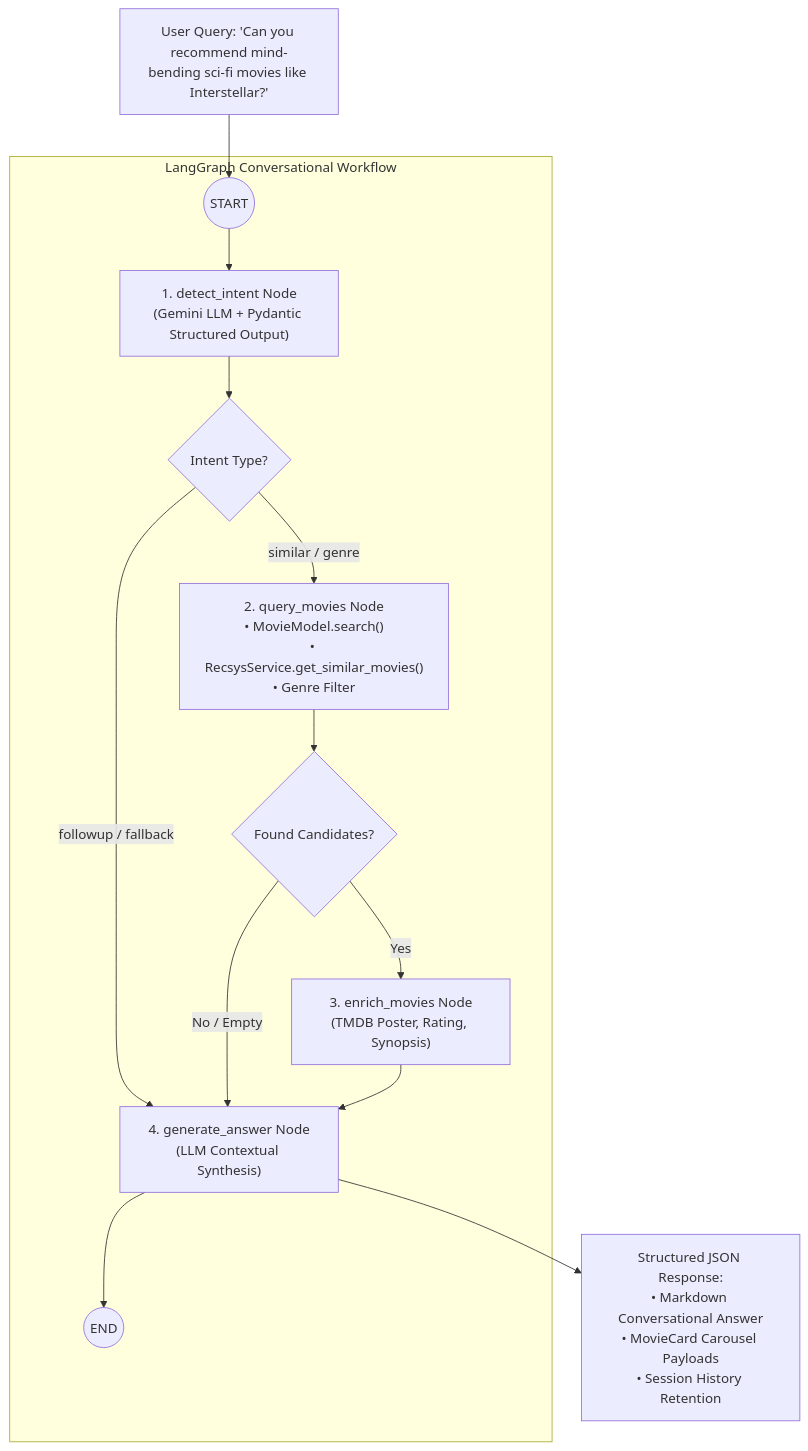
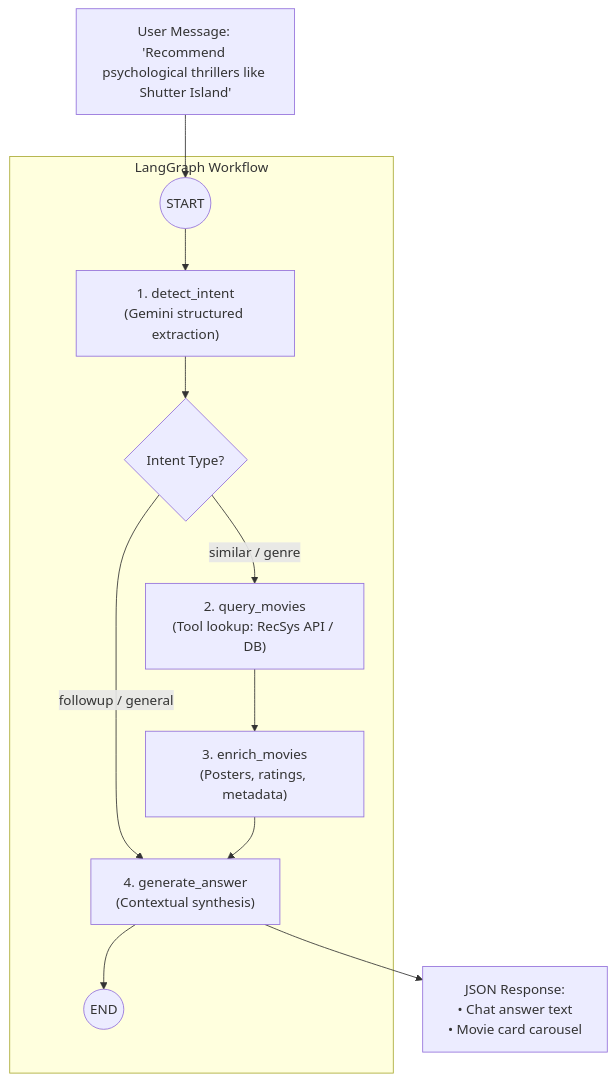
One commit to dducsw/movie-recsys changed the third of 3 diagrams in docs/recsys-applied.md. Above: the diagram before and after it, drawn with Mermaid. The commit also changed other lines of this file and 204 other files, not shown here.

````diff
--- a/docs/recsys-applied.md
+++ b/docs/recsys-applied.md
@@ -114,22 +98,16 @@
 ```mermaid
 flowchart TD
-    UserMsg["User Query: 'Can you recommend mind-bending sci-fi movies like Interstellar?'"] --> START
+    UserMsg["User Message: 'Recommend psychological thrillers like Shutter Island'"] --> START((START))
 
-    subgraph LangGraph ["LangGraph Conversational Workflow"]
-        START((START)) --> DetectIntent["1. detect_intent Node<br/>(Gemini LLM + Pydantic Structured Output)"]
-        
-        DetectIntent --> Route1{"Intent Type?"}
-        
-        Route1 -->|similar / genre| QueryMovies["2. query_movies Node<br/>• MovieModel.search()<br/>• RecsysService.get_similar_movies()<br/>• Genre Filter"]
-        Route1 -->|followup / fallback| GenAnswer["4. generate_answer Node<br/>(LLM Contextual Synthesis)"]
-        
-        QueryMovies --> Route2{"Found Candidates?"}
-        Route2 -->|Yes| EnrichMovies["3. enrich_movies Node<br/>(TMDB Poster, Rating, Synopsis)"]
-        Route2 -->|No / Empty| GenAnswer
-        
-        EnrichMovies --> GenAnswer
+    subgraph LangGraph ["LangGraph Workflow"]
+        START --> DetectIntent["1. detect_intent<br/>(Gemini structured extraction)"]
+        DetectIntent --> Route{"Intent Type?"}
+        Route -->|similar / genre| QueryMovies["2. query_movies<br/>(Tool lookup: RecSys API / DB)"]
+        Route -->|followup / general| GenAnswer["4. generate_answer<br/>(Contextual synthesis)"]
+        QueryMovies --> Enrich["3. enrich_movies<br/>(Posters, ratings, metadata)"]
+        Enrich --> GenAnswer
         GenAnswer --> END((END))
     end
 
-    GenAnswer --> Response["Structured JSON Response:<br/>• Markdown Conversational Answer<br/>• MovieCard Carousel Payloads<br/>• Session History Retention"]
+    GenAnswer --> Response["JSON Response:<br/>• Chat answer text<br/>• Movie card carousel"]
 ```
````
